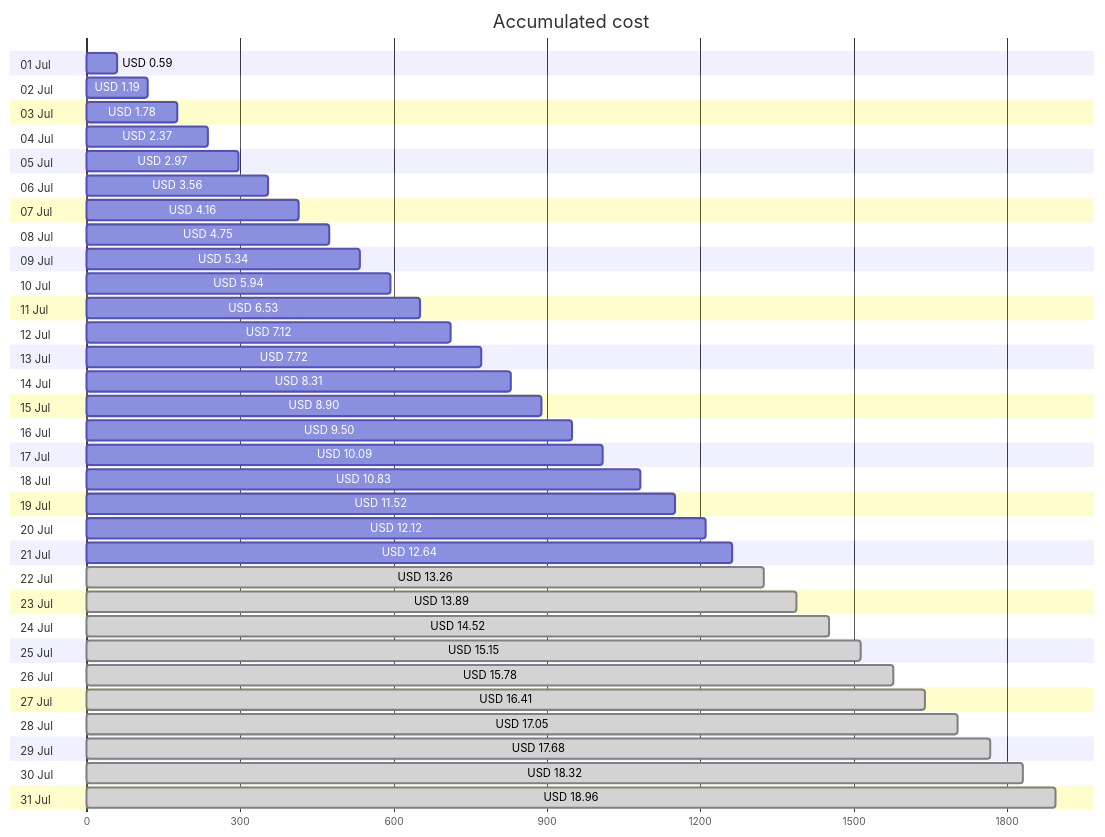
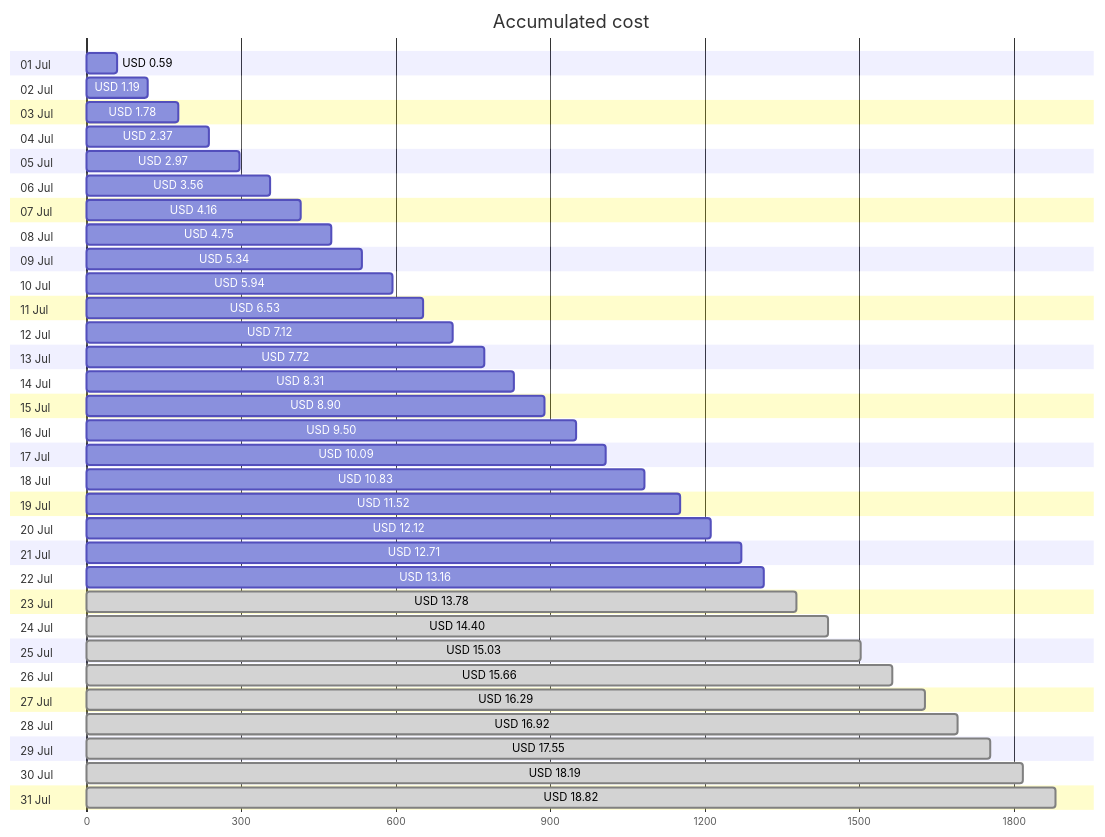
One commit to jpfulton/azure-personal-reports changed the first of 4 diagrams in cost-reports/personal-site/README.md. Above: the diagram before and after it, drawn with Mermaid. The commit also changed other lines of this file and 6 other files, not shown here.

````diff
--- a/cost-reports/personal-site/README.md
+++ b/cost-reports/personal-site/README.md
@@ -20,68 +20,68 @@
 ```mermaid
 gantt
    title Accumulated cost
    dateFormat  X
    axisFormat %s
    section 01 Jul
    USD 0.59 :0, 59
    section 02 Jul
    USD 1.19 :0, 119
    section 03 Jul
    USD 1.78 :0, 178
    section 04 Jul
    USD 2.37 :0, 237
    section 05 Jul
    USD 2.97 :0, 297
    section 06 Jul
    USD 3.56 :0, 356
    section 07 Jul
    USD 4.16 :0, 416
    section 08 Jul
    USD 4.75 :0, 475
    section 09 Jul
    USD 5.34 :0, 534
    section 10 Jul
    USD 5.94 :0, 594
    section 11 Jul
    USD 6.53 :0, 653
    section 12 Jul
    USD 7.12 :0, 712
    section 13 Jul
    USD 7.72 :0, 772
    section 14 Jul
    USD 8.31 :0, 831
    section 15 Jul
    USD 8.90 :0, 890
    section 16 Jul
    USD 9.50 :0, 950
    section 17 Jul
    USD 10.09 :0, 1009
    section 18 Jul
    USD 10.83 :0, 1083
    section 19 Jul
    USD 11.52 :0, 1152
    section 20 Jul
    USD 12.12 :0, 1212
    section 21 Jul
-   USD 12.64 :0, 1264
+   USD 12.71 :0, 1271
    section 22 Jul
-   USD 13.26 : done, 0, 1326
+   USD 13.16 :0, 1316
    section 23 Jul
-   USD 13.89 : done, 0, 1389
+   USD 13.78 : done, 0, 1378
    section 24 Jul
-   USD 14.52 : done, 0, 1452
+   USD 14.40 : done, 0, 1440
    section 25 Jul
-   USD 15.15 : done, 0, 1515
+   USD 15.03 : done, 0, 1503
    section 26 Jul
-   USD 15.78 : done, 0, 1578
+   USD 15.66 : done, 0, 1566
    section 27 Jul
-   USD 16.41 : done, 0, 1641
+   USD 16.29 : done, 0, 1629
    section 28 Jul
-   USD 17.05 : done, 0, 1705
+   USD 16.92 : done, 0, 1692
    section 29 Jul
-   USD 17.68 : done, 0, 1768
+   USD 17.55 : done, 0, 1755
    section 30 Jul
-   USD 18.32 : done, 0, 1832
+   USD 18.19 : done, 0, 1819
    section 31 Jul
-   USD 18.96 : done, 0, 1896
+   USD 18.82 : done, 0, 1882
 ```
````
